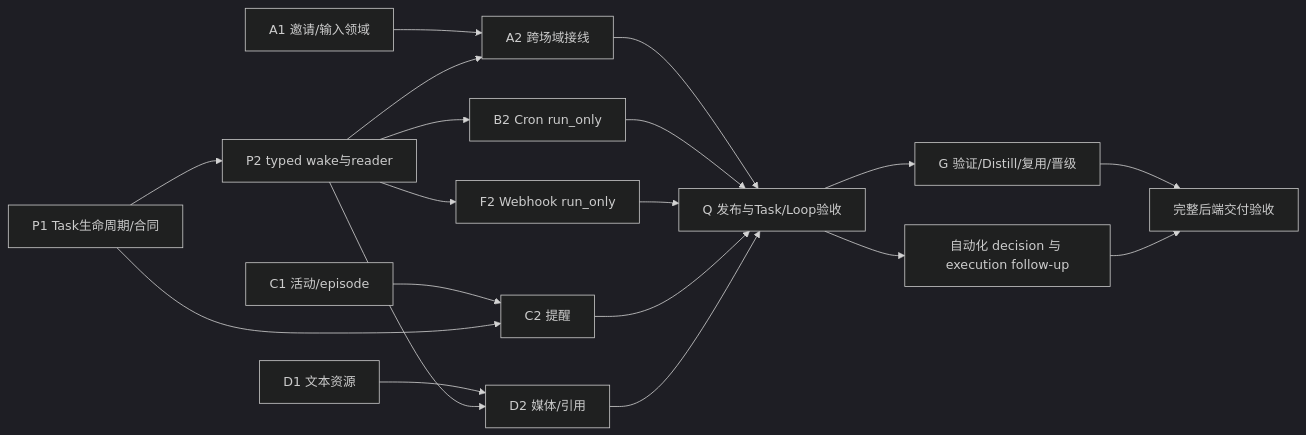
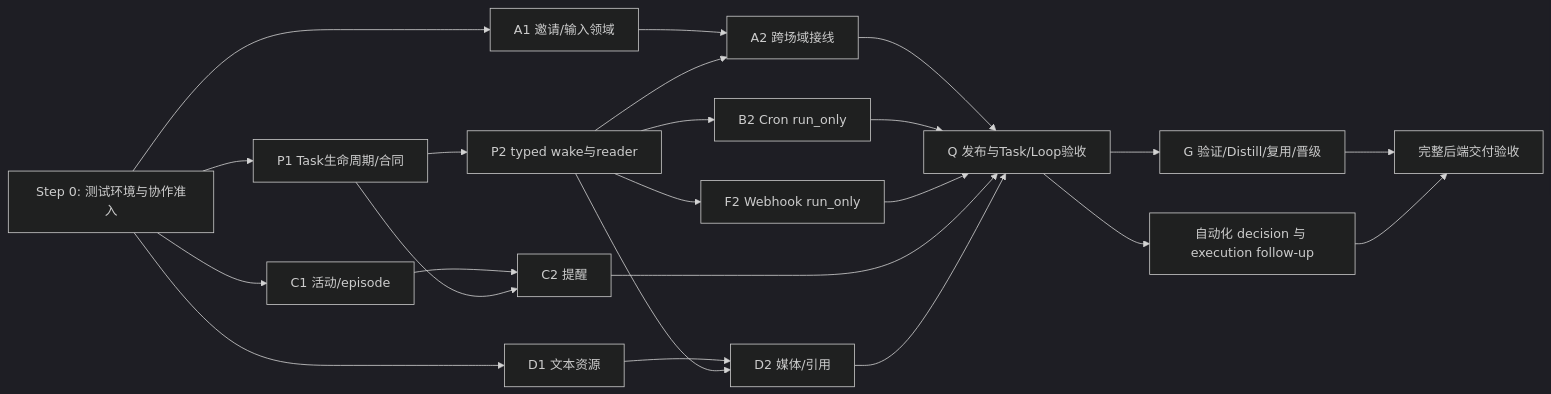
The diagram in docs/plans/2026-10-03/employee-loop-backend-delivery/README.md (D1-2004/multica), drawn with Mermaid (dark theme) before and after one commit. The commit also changed other lines of this file and 12 other files, not shown here.

````diff
--- a/docs/plans/2026-10-03/employee-loop-backend-delivery/README.md
+++ b/docs/plans/2026-10-03/employee-loop-backend-delivery/README.md
@@ -73,21 +83,25 @@
 ```mermaid
 flowchart LR
+  S0[Step 0: 测试环境与协作准入] --> P1
+  S0 --> A1
+  S0 --> C1
+  S0 --> D1
   P1[P1 Task生命周期/合同] --> P2[P2 typed wake与reader]
   A1[A1 邀请/输入领域] --> A2[A2 跨场域接线]
   P2 --> A2
   P2 --> B2[B2 Cron run_only]
   P2 --> F2[F2 Webhook run_only]
   C1[C1 活动/episode] --> C2[C2 提醒]
   P1 --> C2
   D1[D1 文本资源] --> D2[D2 媒体/引用]
   P2 --> D2
   A2 --> Q[Q 发布与Task/Loop验收]
   B2 --> Q
   F2 --> Q
   C2 --> Q
   D2 --> Q
   Q --> G[G 验证/Distill/复用/晋级]
   Q --> AUTO[自动化 decision 与 execution follow-up]
   G --> ALL[完整后端交付验收]
   AUTO --> ALL
 ```
````
